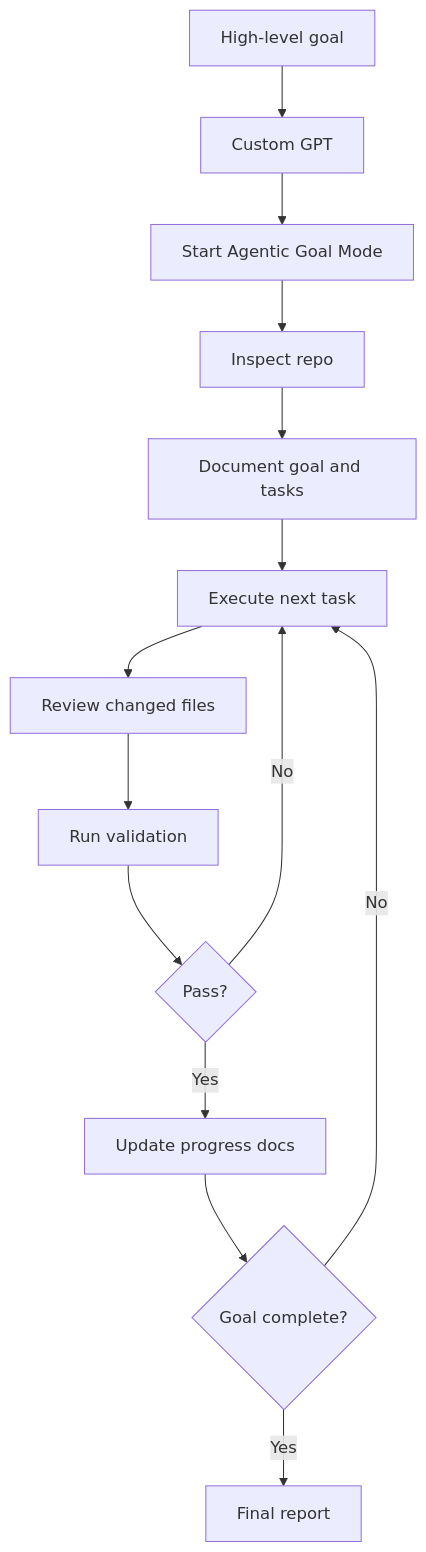
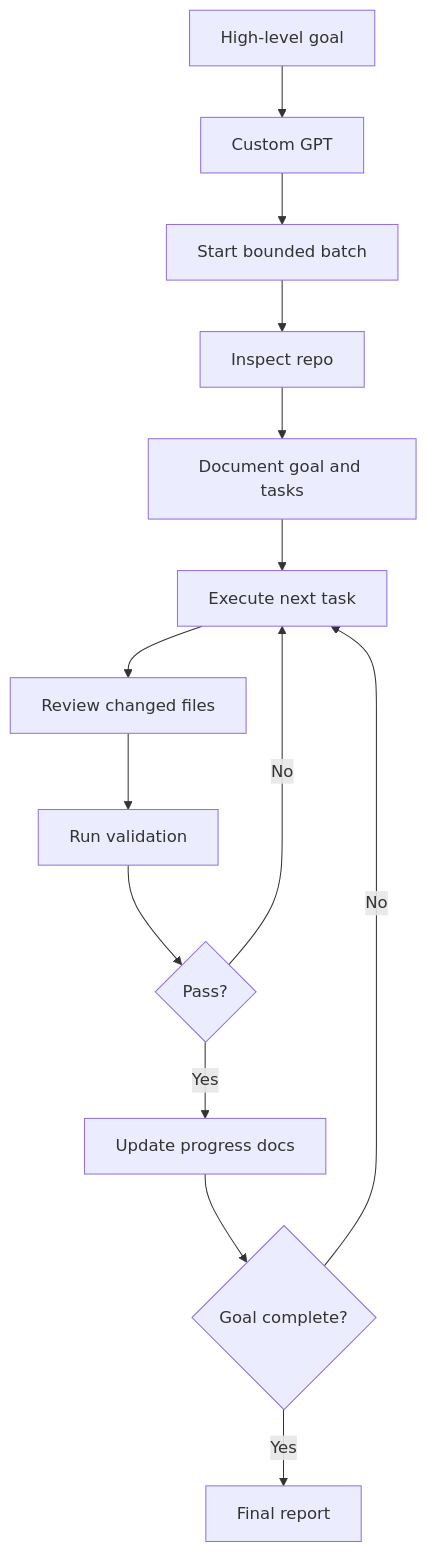
The second of 2 diagrams in README.md (stevewesthoek/buildflow), drawn with Mermaid before and after one commit. The commit also changed other lines of this file and 25 other files, not shown here.

````diff
--- a/README.md
+++ b/README.md
@@ -458,16 +434,16 @@
 ```mermaid
 flowchart TD
   Idea["High-level goal"] --> Chat["Custom GPT"]
-  Chat --> Job["Start Agentic Goal Mode"]
+  Chat --> Job["Start bounded batch"]
   Job --> Inspect["Inspect repo"]
   Inspect --> Doc["Document goal and tasks"]
   Doc --> Task["Execute next task"]
   Task --> Review["Review changed files"]
   Review --> Validate["Run validation"]
   Validate --> Repair{"Pass?"}
   Repair -->|No| Task
   Repair -->|Yes| Update["Update progress docs"]
   Update --> Done{"Goal complete?"}
   Done -->|No| Task
   Done -->|Yes| Report["Final report"]
 ```
````
